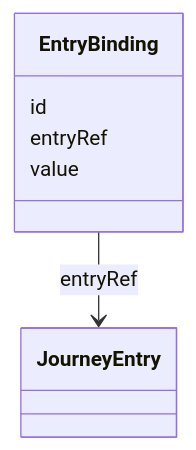
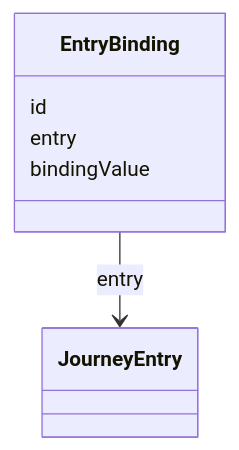
The diagram in specs/ed/modules/entry-binding/index.md (openuji/spec-ujg), drawn with Mermaid before and after one commit. The commit also changed other lines of this file and 370 other files, not shown here.

````diff
--- a/specs/ed/modules/entry-binding/index.md
+++ b/specs/ed/modules/entry-binding/index.md
@@ -19,10 +19,10 @@
 ```mermaid
 classDiagram
   class EntryBinding {
     id
-    entryRef
-    value
+    entry
+    bindingValue
   }
   class JourneyEntry
-  EntryBinding --> JourneyEntry : entryRef
+  EntryBinding --> JourneyEntry : entry
 ```
````
